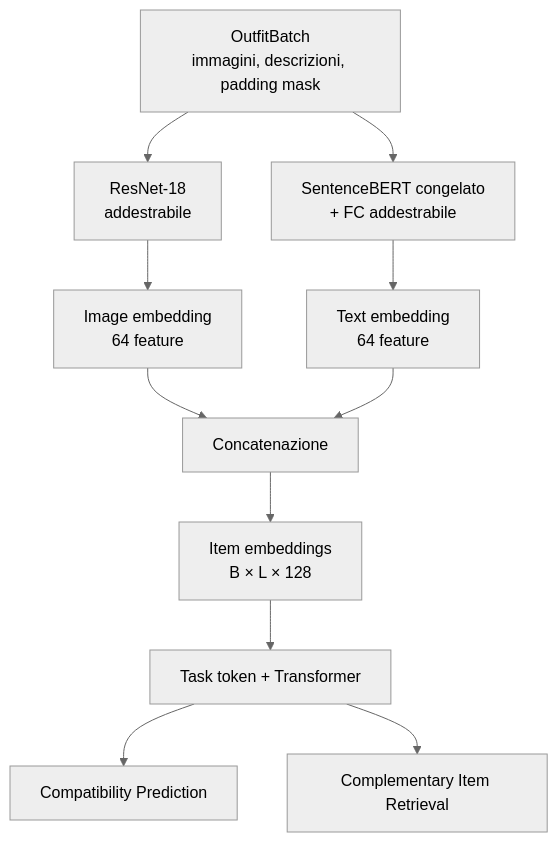
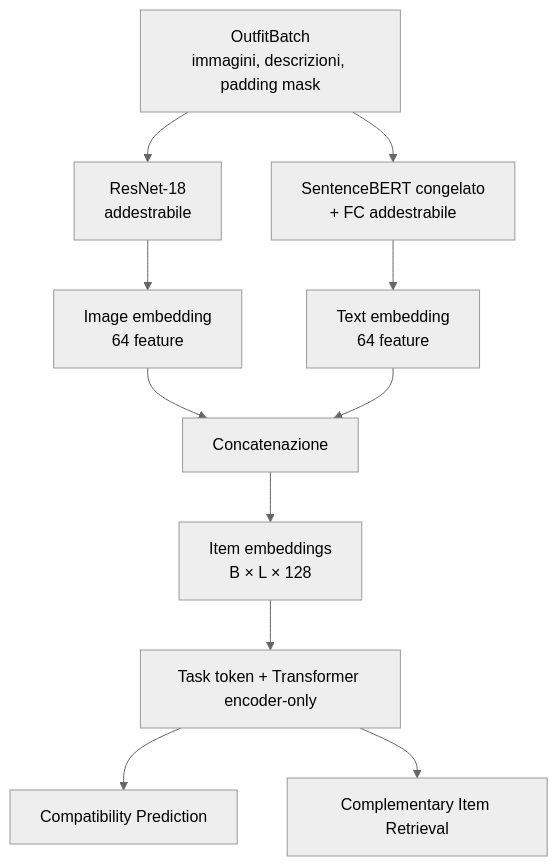
The diagram in model/common/README.md (FlorindoDev/OutfitTransformer), drawn with Mermaid (neutral theme) before and after one commit. The commit also changed other lines of this file and 1 other file, not shown here.

````diff
--- a/model/common/README.md
+++ b/model/common/README.md
@@ -22,18 +23,18 @@
 ```mermaid
 flowchart TD
     A["OutfitBatch<br/>immagini, descrizioni, padding mask"]
 
     A --> B["ResNet-18<br/>addestrabile"]
     A --> C["SentenceBERT congelato<br/>+ FC addestrabile"]
 
     B --> D["Image embedding<br/>64 feature"]
     C --> E["Text embedding<br/>64 feature"]
 
     D --> F["Concatenazione"]
     E --> F
     F --> G["Item embeddings<br/>B × L × 128"]
 
-    G --> H["Task token + Transformer"]
+    G --> H["Task token + Transformer encoder-only"]
     H --> I["Compatibility Prediction"]
     H --> J["Complementary Item Retrieval"]
 ```
````
